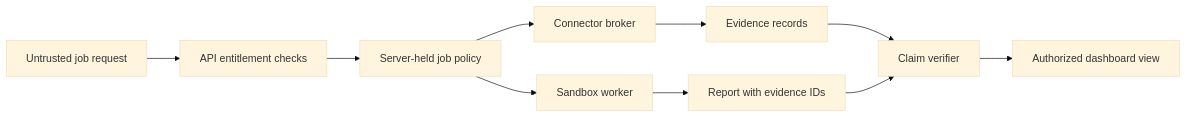
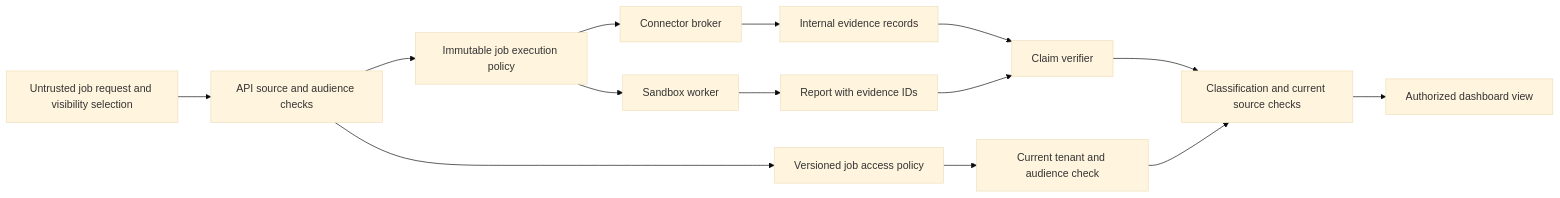
The first of 2 diagrams in contracts/README.md (gvaibhav/openshell-deep-research-platform), drawn with Mermaid (base theme) before and after one commit. The commit also changed other lines of this file and 41 other files, not shown here.

First line of the commit message:
Enhance job access control and evidence handling

````diff
--- a/contracts/README.md
+++ b/contracts/README.md
@@ -17,12 +23,16 @@
 ```mermaid
 flowchart LR
-    Request[Untrusted job request] --> Validation[API entitlement checks]
-    Validation --> Policy[Server-held job policy]
+    Request[Untrusted job request and visibility selection] --> Validation[API source and audience checks]
+    Validation --> Policy[Immutable job execution policy]
+    Validation --> ACL[Versioned job access policy]
     Policy --> Worker[Sandbox worker]
     Policy --> Broker[Connector broker]
-    Broker --> Evidence[Evidence records]
+    Broker --> Evidence[Internal evidence records]
     Worker --> Report[Report with evidence IDs]
     Evidence --> Verifier[Claim verifier]
     Report --> Verifier
-    Verifier --> Dashboard[Authorized dashboard view]
+    ACL --> ReadGate[Current tenant and audience check]
+    Verifier --> ContentGate[Classification and current source checks]
+    ReadGate --> ContentGate
+    ContentGate --> Dashboard[Authorized dashboard view]
 ```
````
